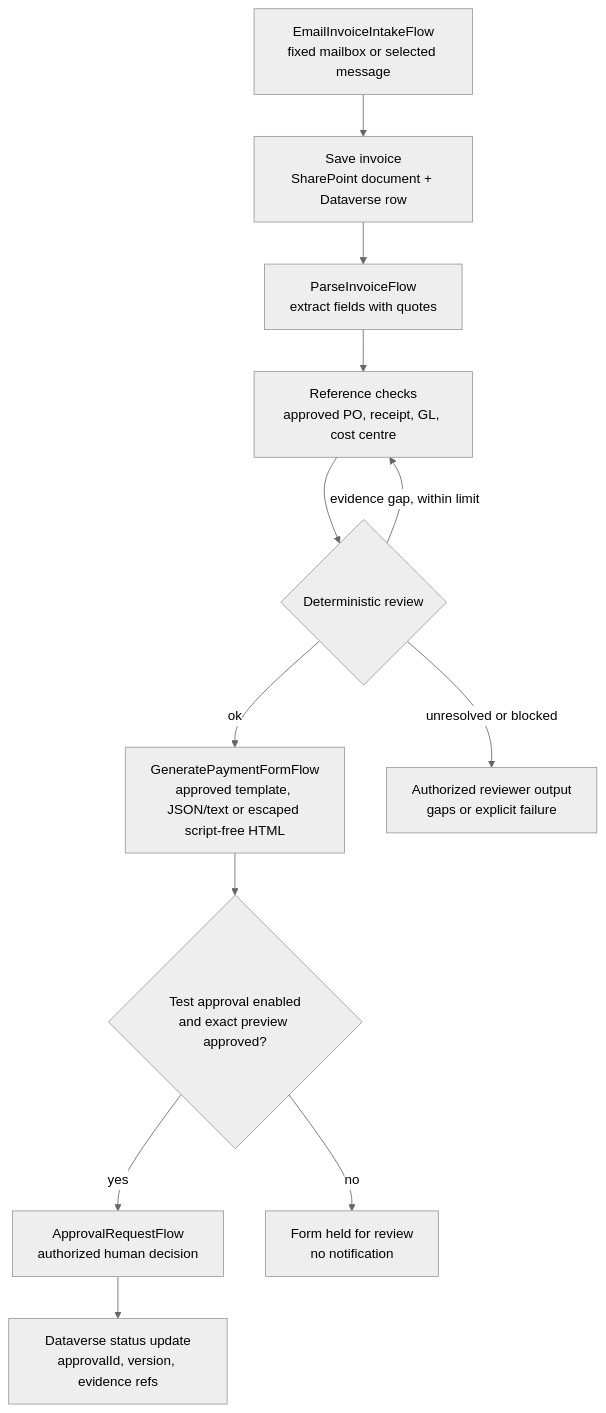
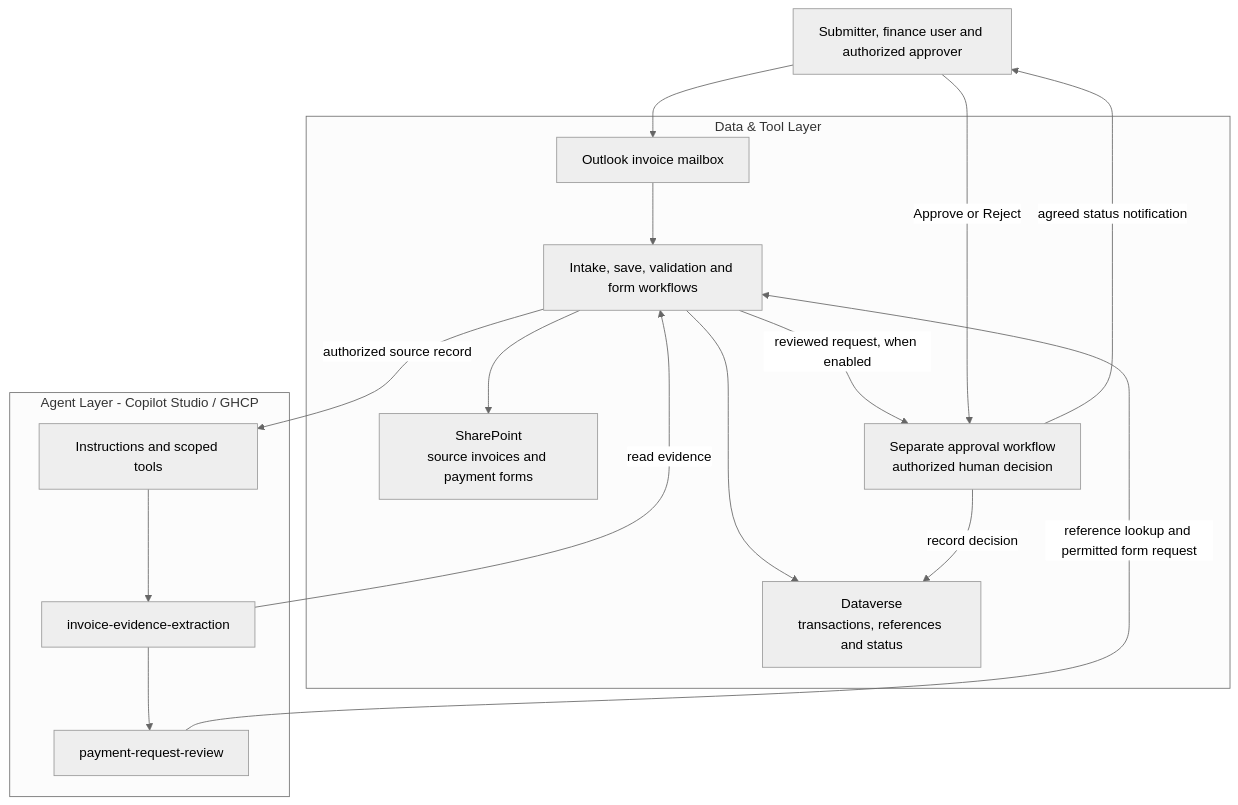
Before and after one commit to AlphaBalzer/ai-agent-runbooks: the diagram in 01-scenarios/Autonomous-Invoice-Orchestration-Agent-GHCP/2.Architecture.md, drawn with Mermaid (neutral theme). The commit also changed other lines of this file and 7 other files, not shown here.

First line of the commit message:
Align Invoice GHCP guides with the original scenario structure

````diff
--- a/01-scenarios/Autonomous-Invoice-Orchestration-Agent-GHCP/2.Architecture.md
+++ b/01-scenarios/Autonomous-Invoice-Orchestration-Agent-GHCP/2.Architecture.md
@@ -7,21 +11,27 @@
 ```mermaid
 flowchart TD
-    A["EmailInvoiceIntakeFlow<br/>fixed mailbox or selected message"]
-    B["Save invoice<br/>SharePoint document + Dataverse row"]
-    C["ParseInvoiceFlow<br/>extract fields with quotes"]
-    D["Reference checks<br/>approved PO, receipt, GL, cost centre"]
-    E{"Deterministic review"}
-    F["GeneratePaymentFormFlow<br/>approved template, JSON/text or escaped script-free HTML"]
-    G["Authorized reviewer output<br/>gaps or explicit failure"]
-    H{"Test approval enabled<br/>and exact preview approved?"}
-    I["Dataverse status update<br/>approvalId, version, evidence refs"]
-    J["ApprovalRequestFlow<br/>authorized human decision"]
-    K["Form held for review<br/>no notification"]
-
-    A --> B --> C --> D --> E
-    E -->|evidence gap, within limit| D
-    E -->|ok| F --> H
-    H -->|yes| J --> I
-    H -->|no| K
-    E -->|unresolved or blocked| G
+    U["Submitter, finance user and authorized approver"]
+    subgraph Agent["Agent Layer - Copilot Studio / GHCP"]
+        I["Instructions and scoped tools"]
+        S1["invoice-evidence-extraction"]
+        S2["payment-request-review"]
+        I --> S1 --> S2
+    end
+    subgraph Data["Data & Tool Layer"]
+        M["Outlook invoice mailbox"]
+        W["Intake, save, validation and form workflows"]
+        SP["SharePoint<br/>source invoices and payment forms"]
+        DV["Dataverse<br/>transactions, references and status"]
+        AP["Separate approval workflow<br/>authorized human decision"]
+    end
+    U --> M --> W
+    W --> SP
+    W --> DV
+    W -->|authorized source record| I
+    S1 -->|read evidence| W
+    S2 -->|reference lookup and permitted form request| W
+    W -->|reviewed request, when enabled| AP
+    U -->|Approve or Reject| AP
+    AP -->|record decision| DV
+    AP -->|agreed status notification| U
 ```
````
